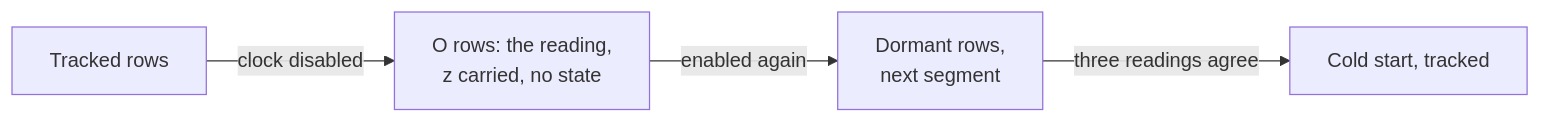
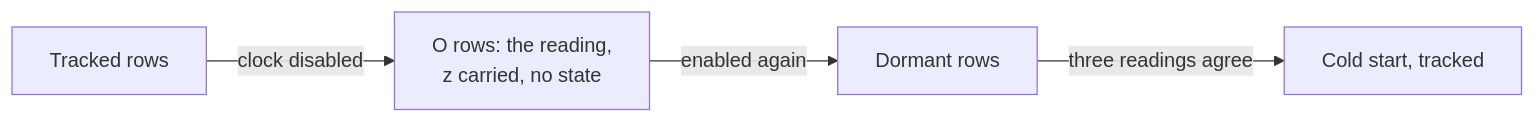
Diagram 16 of 17 in docs/das_processor/design.md (osmeyer/masterclock), drawn with Mermaid before and after one commit. The commit also changed other lines of this file and 12 other files, not shown here.

````diff
--- a/docs/das_processor/design.md
+++ b/docs/das_processor/design.md
@@ -2626,6 +2609,6 @@
 ```mermaid
 flowchart LR
     T1[Tracked rows] -- clock disabled --> O1[O rows: the reading,<br/>z carried, no state]
-    O1 -- enabled again --> D1[Dormant rows,<br/>next segment]
+    O1 -- enabled again --> D1[Dormant rows]
     D1 -- three readings agree --> T2[Cold start, tracked]
 ```
````
